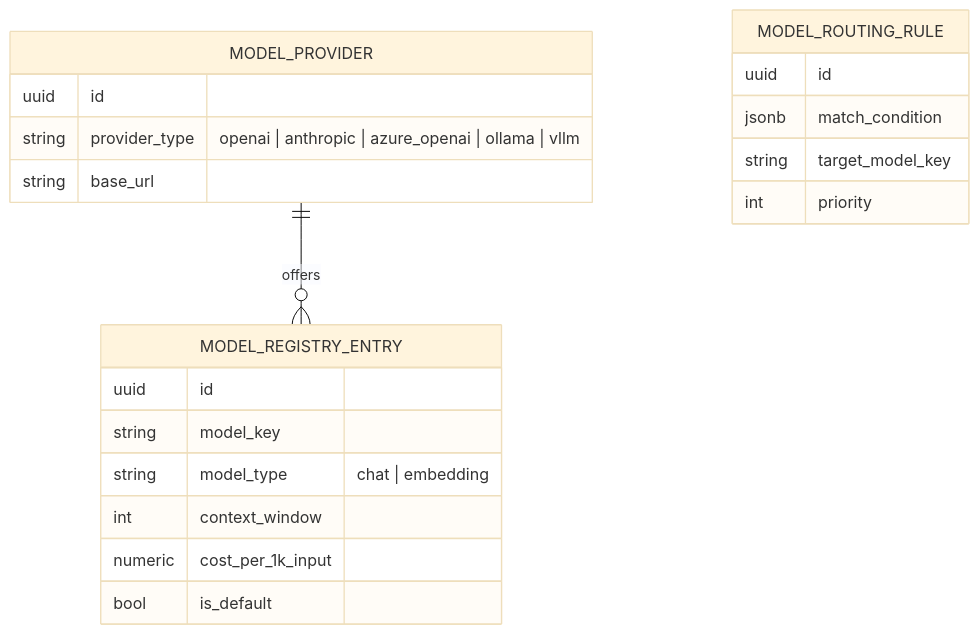
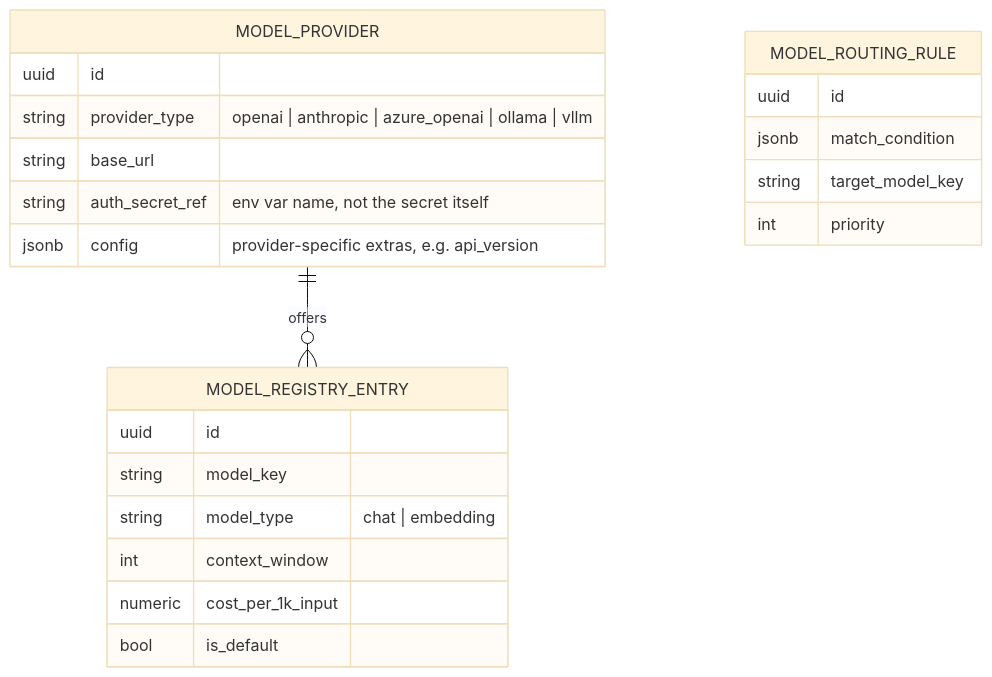
The ninth of 18 diagrams in docs/TECHNICAL_DESIGN.md (engganuj/AgenticForge), drawn with Mermaid (base theme) before and after one commit. The commit also changed other lines of this file and 13 other files, not shown here.

````diff
--- a/docs/TECHNICAL_DESIGN.md
+++ b/docs/TECHNICAL_DESIGN.md
@@ -592,24 +658,26 @@
 ```mermaid
 erDiagram
     MODEL_PROVIDER ||--o{ MODEL_REGISTRY_ENTRY : offers
 
     MODEL_PROVIDER {
         uuid id
         string provider_type "openai | anthropic | azure_openai | ollama | vllm"
         string base_url
+        string auth_secret_ref "env var name, not the secret itself"
+        jsonb config "provider-specific extras, e.g. api_version"
     }
     MODEL_REGISTRY_ENTRY {
         uuid id
         string model_key
         string model_type "chat | embedding"
         int context_window
         numeric cost_per_1k_input
         bool is_default
     }
     MODEL_ROUTING_RULE {
         uuid id
         jsonb match_condition
         string target_model_key
         int priority
     }
 ```
````
